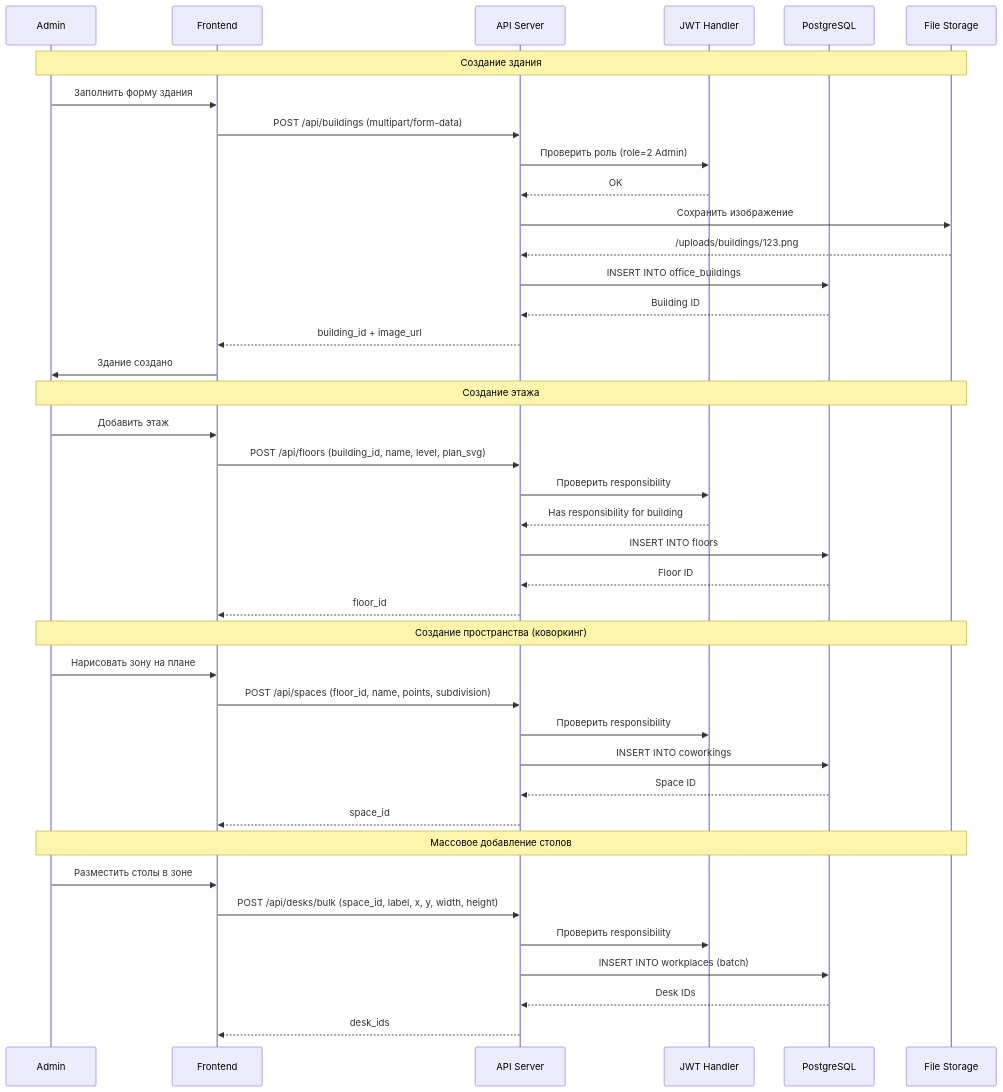
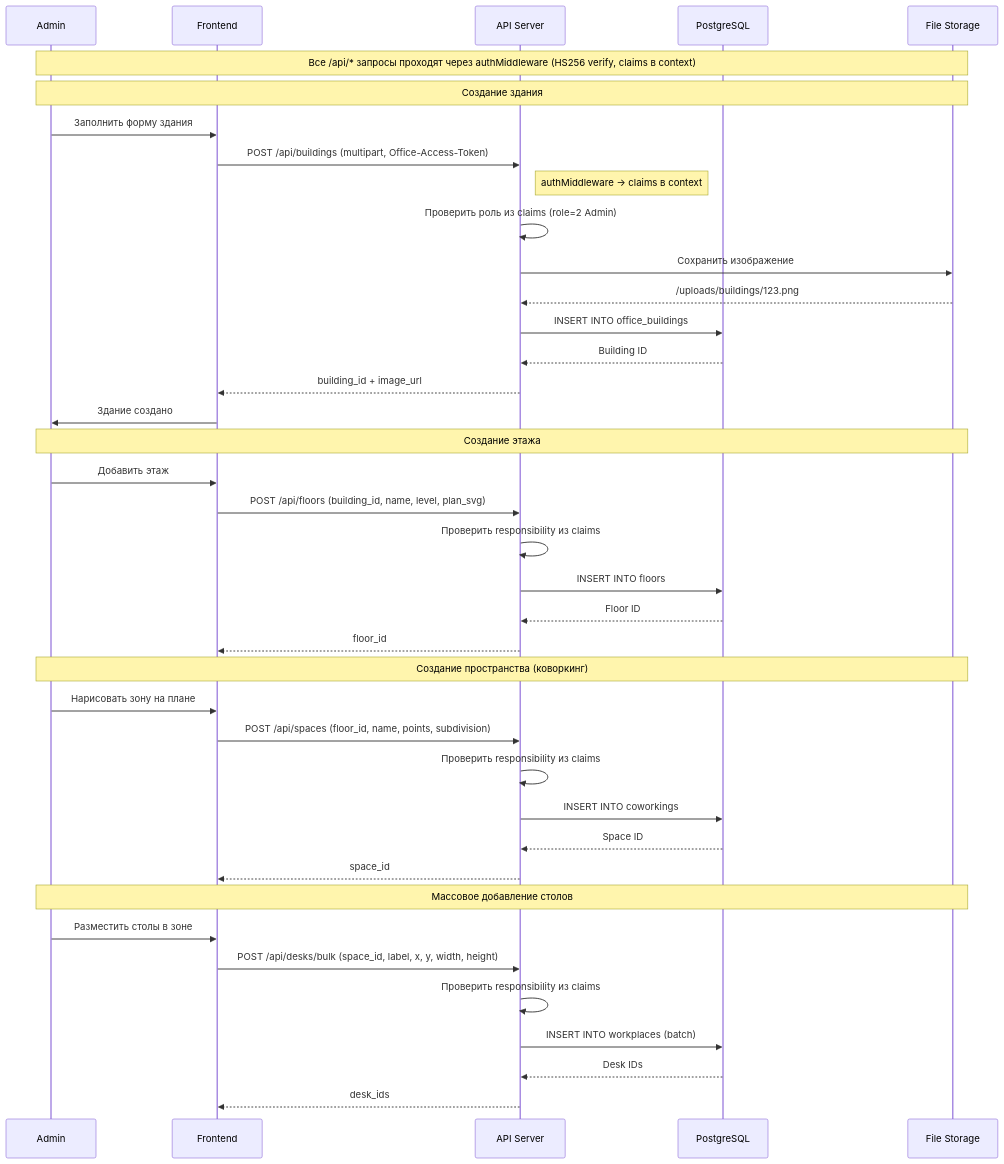
The eighth of 9 diagrams in DATA_FLOW_DIAGRAM.md (radiantbald/office-management), drawn with Mermaid before and after one commit. The commit also changed other lines of this file and 11 other files, not shown here.

````diff
--- a/DATA_FLOW_DIAGRAM.md
+++ b/DATA_FLOW_DIAGRAM.md
@@ -317,46 +333,46 @@
 ```mermaid
 sequenceDiagram
     participant A as Admin
     participant F as Frontend
     participant API as API Server
-    participant JWT as JWT Handler
     participant DB as PostgreSQL
     participant FS as File Storage
     
+    Note over A,FS: Все /api/* запросы проходят через authMiddleware (HS256 verify, claims в context)
+    
     Note over A,FS: Создание здания
     A->>F: Заполнить форму здания
-    F->>API: POST /api/buildings (multipart/form-data)
-    API->>JWT: Проверить роль (role=2 Admin)
-    JWT-->>API: OK
+    F->>API: POST /api/buildings (multipart, Office-Access-Token)
+    Note right of API: authMiddleware → claims в context
+    API->>API: Проверить роль из claims (role=2 Admin)
     API->>FS: Сохранить изображение
     FS-->>API: /uploads/buildings/123.png
     API->>DB: INSERT INTO office_buildings
     DB-->>API: Building ID
     API-->>F: building_id + image_url
     F->>A: Здание создано
     
     Note over A,FS: Создание этажа
     A->>F: Добавить этаж
     F->>API: POST /api/floors (building_id, name, level, plan_svg)
-    API->>JWT: Проверить responsibility
-    JWT-->>API: Has responsibility for building
+    API->>API: Проверить responsibility из claims
     API->>DB: INSERT INTO floors
     DB-->>API: Floor ID
     API-->>F: floor_id
     
     Note over A,FS: Создание пространства (коворкинг)
     A->>F: Нарисовать зону на плане
     F->>API: POST /api/spaces (floor_id, name, points, subdivision)
-    API->>JWT: Проверить responsibility
+    API->>API: Проверить responsibility из claims
     API->>DB: INSERT INTO coworkings
     DB-->>API: Space ID
     API-->>F: space_id
     
     Note over A,FS: Массовое добавление столов
     A->>F: Разместить столы в зоне
     F->>API: POST /api/desks/bulk (space_id, label, x, y, width, height)
-    API->>JWT: Проверить responsibility
+    API->>API: Проверить responsibility из claims
     API->>DB: INSERT INTO workplaces (batch)
     DB-->>API: Desk IDs
     API-->>F: desk_ids
 ```
````
